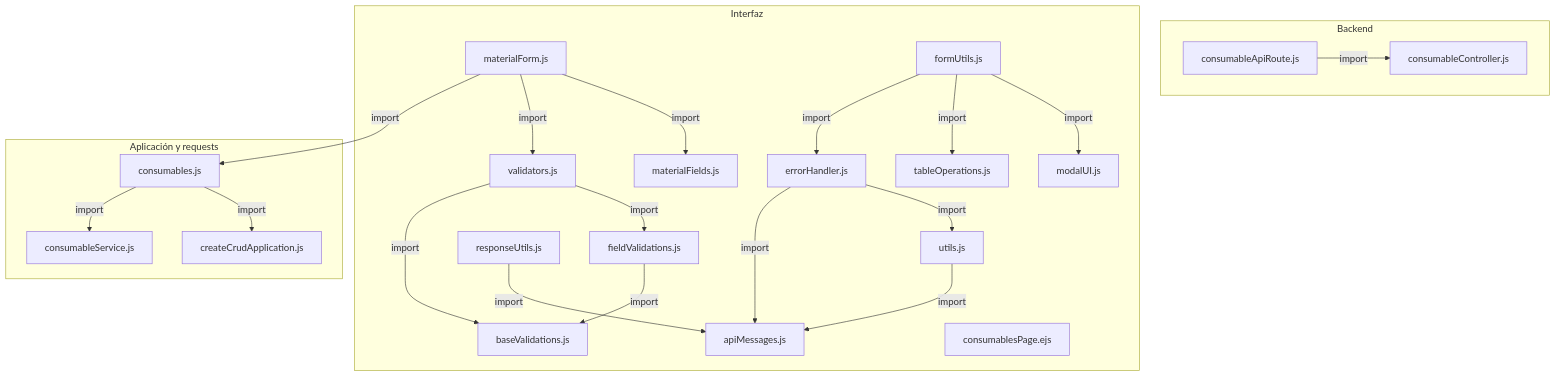
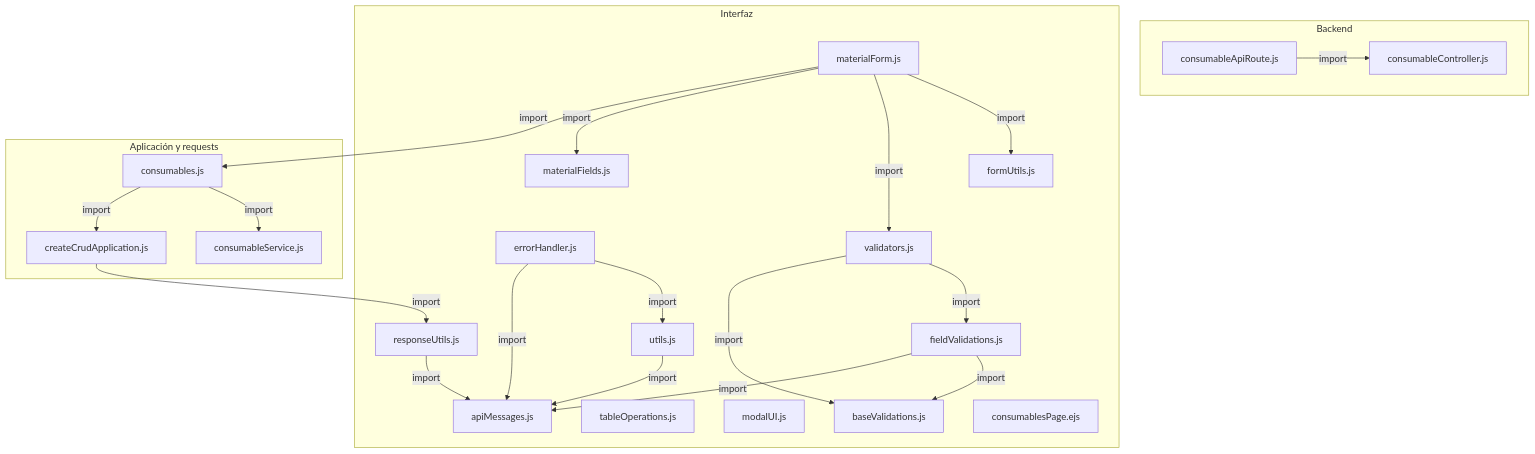
The first of 4 diagrams in docs/architecture/views/processes/frontend-code-sequences/catalogs/cu-alm-21.md (gpgsistemas01/nexus), drawn with Mermaid before and after one commit. The commit also changed other lines of this file and 200 other files, not shown here.

````diff
--- a/docs/architecture/views/processes/frontend-code-sequences/catalogs/cu-alm-21.md
+++ b/docs/architecture/views/processes/frontend-code-sequences/catalogs/cu-alm-21.md
@@ -51,43 +51,43 @@
 ```mermaid
 flowchart TB
     subgraph Component0["Backend"]
         API["consumableController.js"]
         Transport["consumableApiRoute.js"]
     end
     subgraph Component1["Interfaz"]
         FileErrorHandler["errorHandler.js"]
         FileUtils["utils.js"]
         FileApiMessages["apiMessages.js"]
         FileMaterialFields["materialFields.js"]
         Form["materialForm.js"]
         FileTableOperations["tableOperations.js"]
         FileModalUI["modalUI.js"]
         FormUtils["formUtils.js"]
         FileResponseUtils["responseUtils.js"]
         FileBaseValidations["baseValidations.js"]
         FileFieldValidations["fieldValidations.js"]
         FileValidators["validators.js"]
         EJS["consumablesPage.ejs"]
     end
     subgraph Component2["Aplicación y requests"]
         Factory["createCrudApplication.js"]
         App["consumables.js"]
         Request["consumableService.js"]
     end
+    App -->|import| Factory
+    App -->|import| Request
+    Factory -->|import| FileResponseUtils
     FileErrorHandler -->|import| FileApiMessages
     FileErrorHandler -->|import| FileUtils
+    FileFieldValidations -->|import| FileApiMessages
+    FileFieldValidations -->|import| FileBaseValidations
+    FileResponseUtils -->|import| FileApiMessages
     FileUtils -->|import| FileApiMessages
-    App -->|import| Request
-    App -->|import| Factory
-    Form -->|import| App
-    Form -->|import| FileValidators
-    Form -->|import| FileMaterialFields
-    FormUtils -->|import| FileErrorHandler
-    FormUtils -->|import| FileTableOperations
-    FormUtils -->|import| FileModalUI
-    FileResponseUtils -->|import| FileApiMessages
-    FileFieldValidations -->|import| FileBaseValidations
     FileValidators -->|import| FileBaseValidations
     FileValidators -->|import| FileFieldValidations
+    Form -->|import| App
+    Form -->|import| FileMaterialFields
+    Form -->|import| FileValidators
+    Form -->|import| FormUtils
     Transport -->|import| API
 ```
````
